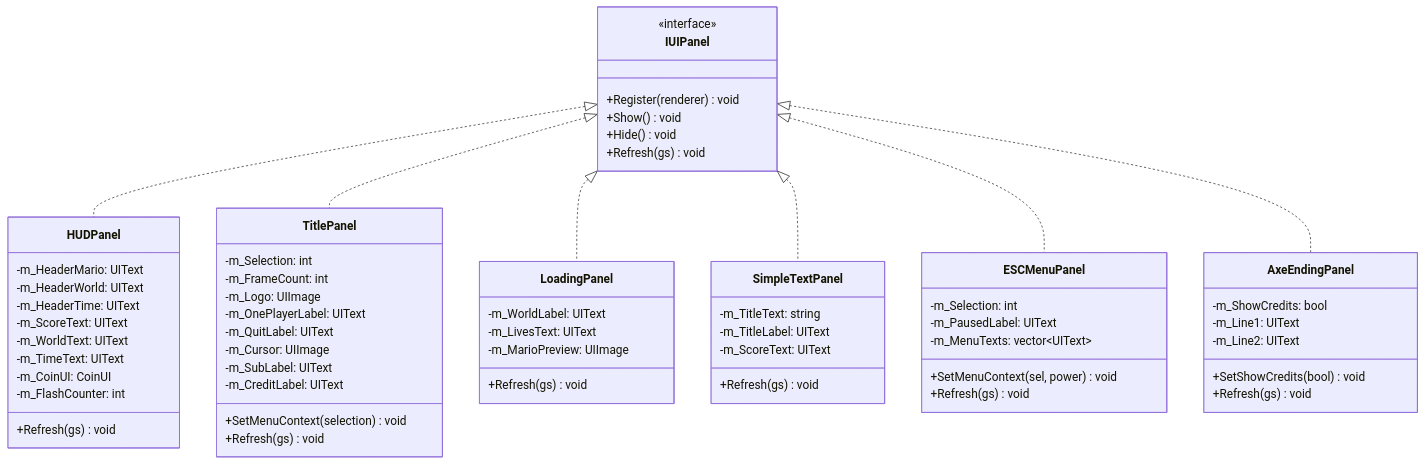
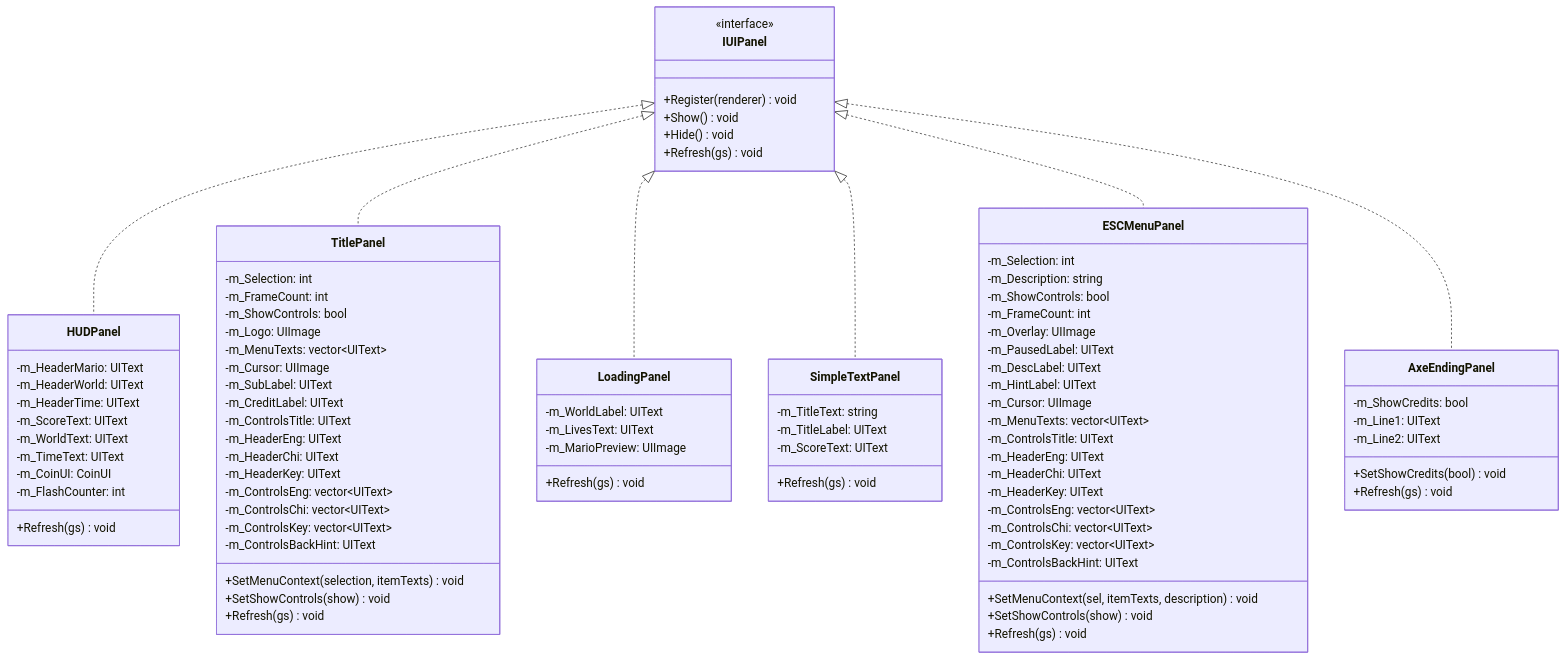
Before and after one commit to Andy87877/NTUT_OOPL_mario: the seventh of 26 diagrams in Constructure.md, drawn with Mermaid. The commit also changed other lines of this file and 39 other files, not shown here.

```diff
--- a/Constructure.md
+++ b/Constructure.md
@@ -536,16 +540,25 @@
         -m_FlashCounter: int
     }
     class TitlePanel {
-        +SetMenuContext(selection) void
+        +SetMenuContext(selection, itemTexts) void
+        +SetShowControls(show) void
         +Refresh(gs) void
         -m_Selection: int
         -m_FrameCount: int
+        -m_ShowControls: bool
         -m_Logo: UIImage
-        -m_OnePlayerLabel: UIText
-        -m_QuitLabel: UIText
+        -m_MenuTexts: vector~UIText~
         -m_Cursor: UIImage
         -m_SubLabel: UIText
         -m_CreditLabel: UIText
+        -m_ControlsTitle: UIText
+        -m_HeaderEng: UIText
+        -m_HeaderChi: UIText
+        -m_HeaderKey: UIText
+        -m_ControlsEng: vector~UIText~
+        -m_ControlsChi: vector~UIText~
+        -m_ControlsKey: vector~UIText~
+        -m_ControlsBackHint: UIText
     }
     class LoadingPanel {
         +Refresh(gs) void
@@ -560,11 +573,27 @@
         -m_ScoreText: UIText
     }
     class ESCMenuPanel {
-        +SetMenuContext(sel, power) void
+        +SetMenuContext(sel, itemTexts, description) void
+        +SetShowControls(show) void
         +Refresh(gs) void
         -m_Selection: int
+        -m_Description: string
+        -m_ShowControls: bool
+        -m_FrameCount: int
+        -m_Overlay: UIImage
         -m_PausedLabel: UIText
+        -m_DescLabel: UIText
+        -m_HintLabel: UIText
+        -m_Cursor: UIImage
         -m_MenuTexts: vector~UIText~
+        -m_ControlsTitle: UIText
+        -m_HeaderEng: UIText
+        -m_HeaderChi: UIText
+        -m_HeaderKey: UIText
+        -m_ControlsEng: vector~UIText~
+        -m_ControlsChi: vector~UIText~
+        -m_ControlsKey: vector~UIText~
+        -m_ControlsBackHint: UIText
     }
     class AxeEndingPanel {
         +SetShowCredits(bool) void
```
